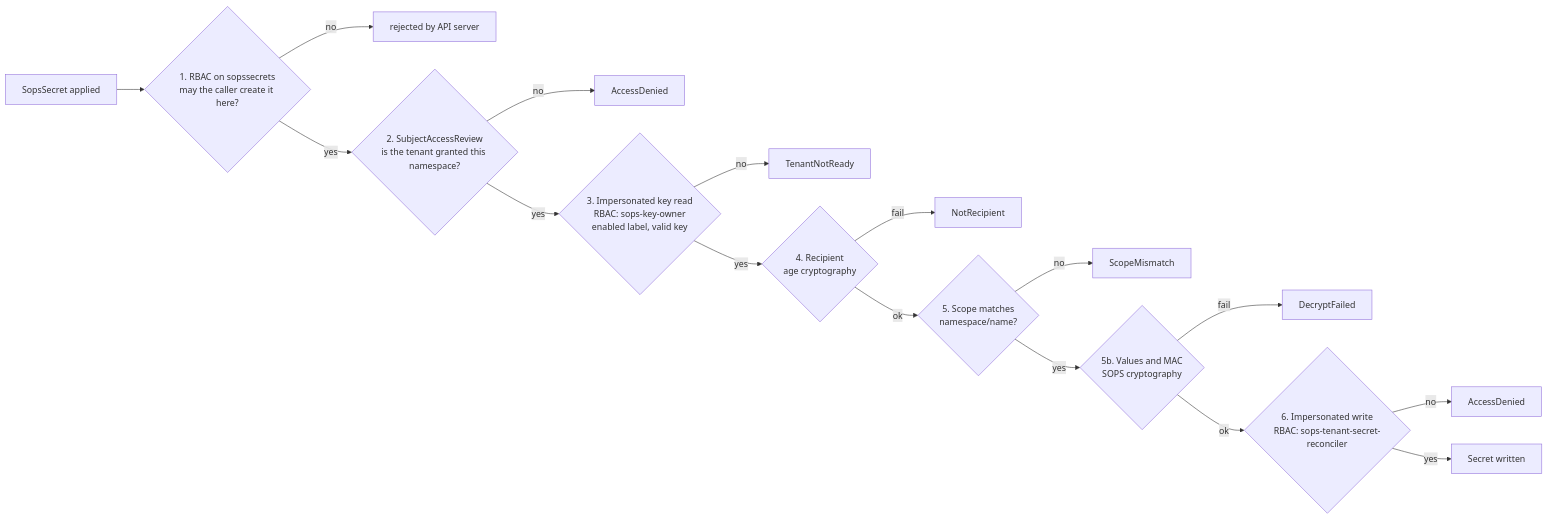
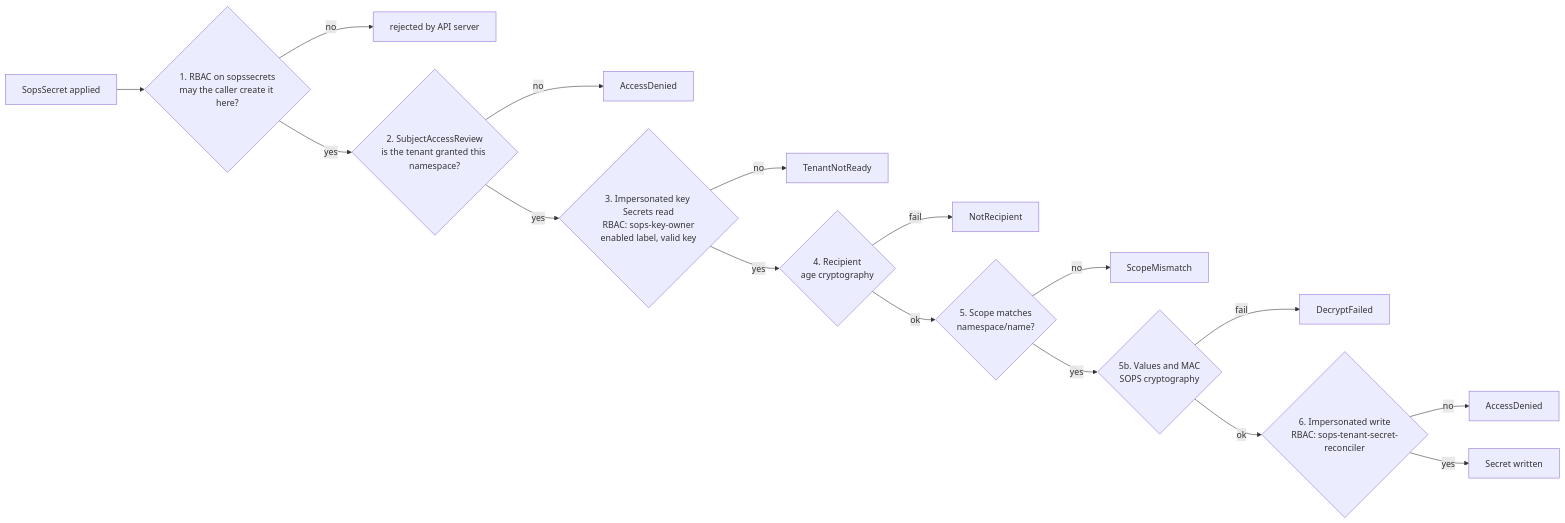
Before and after one commit to stakater/sops-operator: the third of 3 diagrams in DESIGN.md, drawn with Mermaid. The commit also changed other lines of this file and 5 other files, not shown here.

Commit message:
Document indexed immutable key Secrets; drop key backups from the docs

````diff
--- a/DESIGN.md
+++ b/DESIGN.md
@@ -596,18 +587,18 @@
 ```mermaid
 flowchart LR
     A["SopsSecret applied"] --> B{"1. RBAC on sopssecrets<br/>may the caller create it here?"}
     B -->|no| X1["rejected by API server"]
     B -->|yes| C{"2. SubjectAccessReview<br/>is the tenant granted this namespace?"}
     C -->|no| X2["AccessDenied"]
-    C -->|yes| D{"3. Impersonated key read<br/>RBAC: sops-key-owner<br/>enabled label, valid key"}
+    C -->|yes| D{"3. Impersonated key Secrets read<br/>RBAC: sops-key-owner<br/>enabled label, valid key"}
     D -->|no| X3["TenantNotReady"]
     D -->|yes| E{"4. Recipient<br/>age cryptography"}
     E -->|fail| X4["NotRecipient"]
     E -->|ok| F{"5. Scope matches<br/>namespace/name?"}
     F -->|no| X5["ScopeMismatch"]
     F -->|yes| M{"5b. Values and MAC<br/>SOPS cryptography"}
     M -->|fail| X7["DecryptFailed"]
     M -->|ok| G{"6. Impersonated write<br/>RBAC: sops-tenant-secret-reconciler"}
     G -->|no| X6["AccessDenied"]
     G -->|yes| H["Secret written"]
 ```
````
